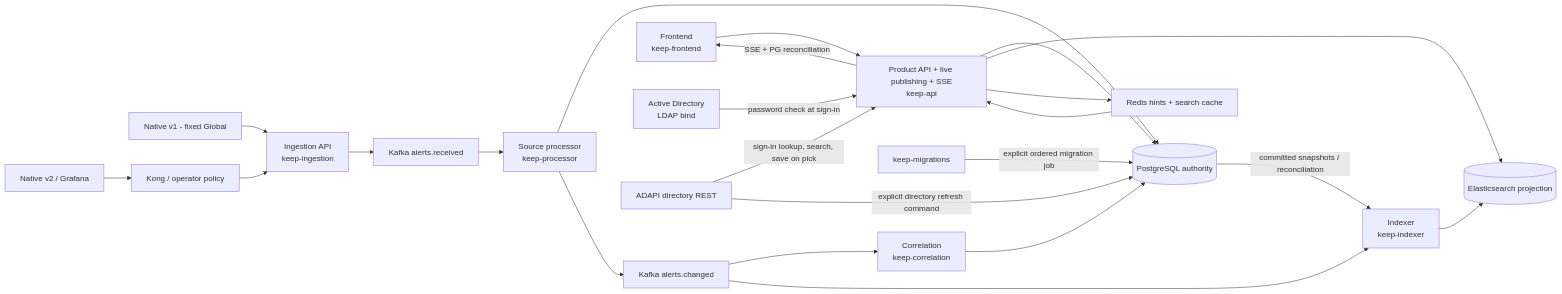
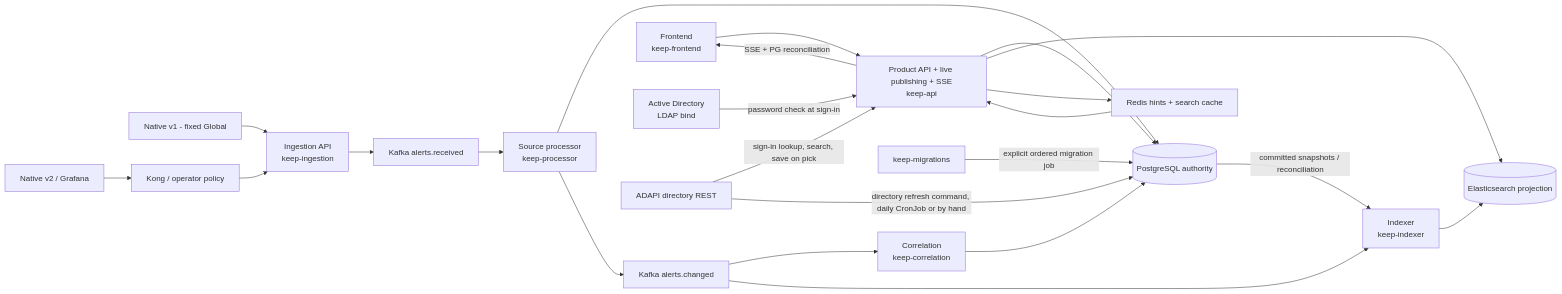
The diagram in architecture/README.md (keep-alert-operations/keep-design), drawn with Mermaid before and after one commit. The commit also changed 8 other files, not shown here.

First line of the commit message:
REV-75 and REV-76: daily directory refresh; no disabled or deleted people

````diff
--- a/architecture/README.md
+++ b/architecture/README.md
@@ -7,25 +7,25 @@
 ```mermaid
 flowchart LR
     V1[Native v1 - fixed Global] --> IN[Ingestion API<br/>keep-ingestion]
     V2[Native v2 / Grafana] --> KONG[Kong / operator policy]
     KONG --> IN
     IN --> RECEIVED[Kafka alerts.received]
     RECEIVED --> PROC[Source processor<br/>keep-processor]
     PROC --> PG[(PostgreSQL authority)]
     PROC --> CHANGED[Kafka alerts.changed]
     CHANGED --> CORR[Correlation<br/>keep-correlation]
     CORR --> PG
     CHANGED --> IDX[Indexer<br/>keep-indexer]
     PG -->|committed snapshots / reconciliation| IDX
     IDX --> ES[(Elasticsearch projection)]
     UI[Frontend<br/>keep-frontend] --> API[Product API + live publishing + SSE<br/>keep-api]
     API --> PG
     API --> ES
     API --> REDIS[Redis hints + search cache]
     REDIS --> API
     API -->|SSE + PG reconciliation| UI
     AD[Active Directory<br/>LDAP bind] -->|password check at sign-in| API
     ADAPI[ADAPI directory REST] -->|sign-in lookup, search, save on pick| API
-    ADAPI -->|explicit directory refresh command| PG
+    ADAPI -->|directory refresh command, daily CronJob or by hand| PG
     MIG[keep-migrations] -->|explicit ordered migration job| PG
 ```
````
